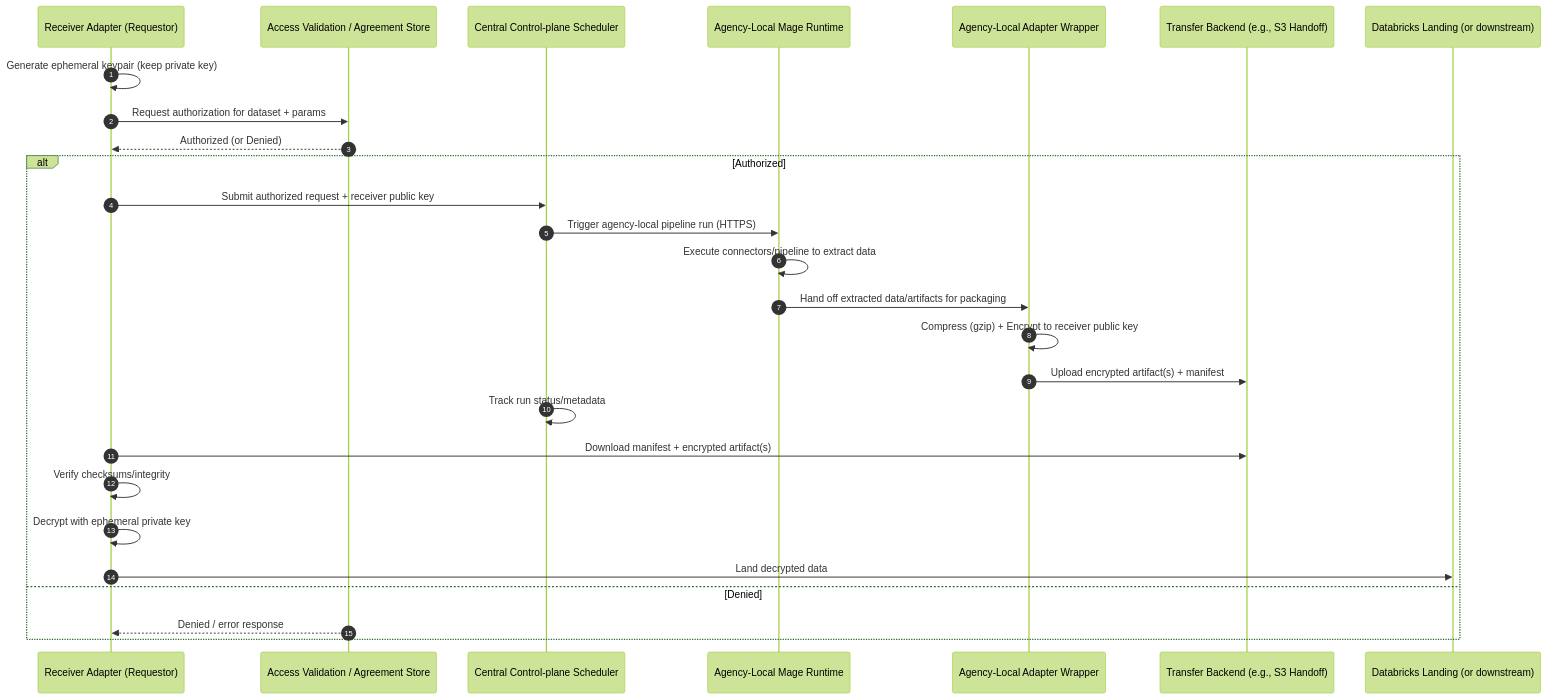
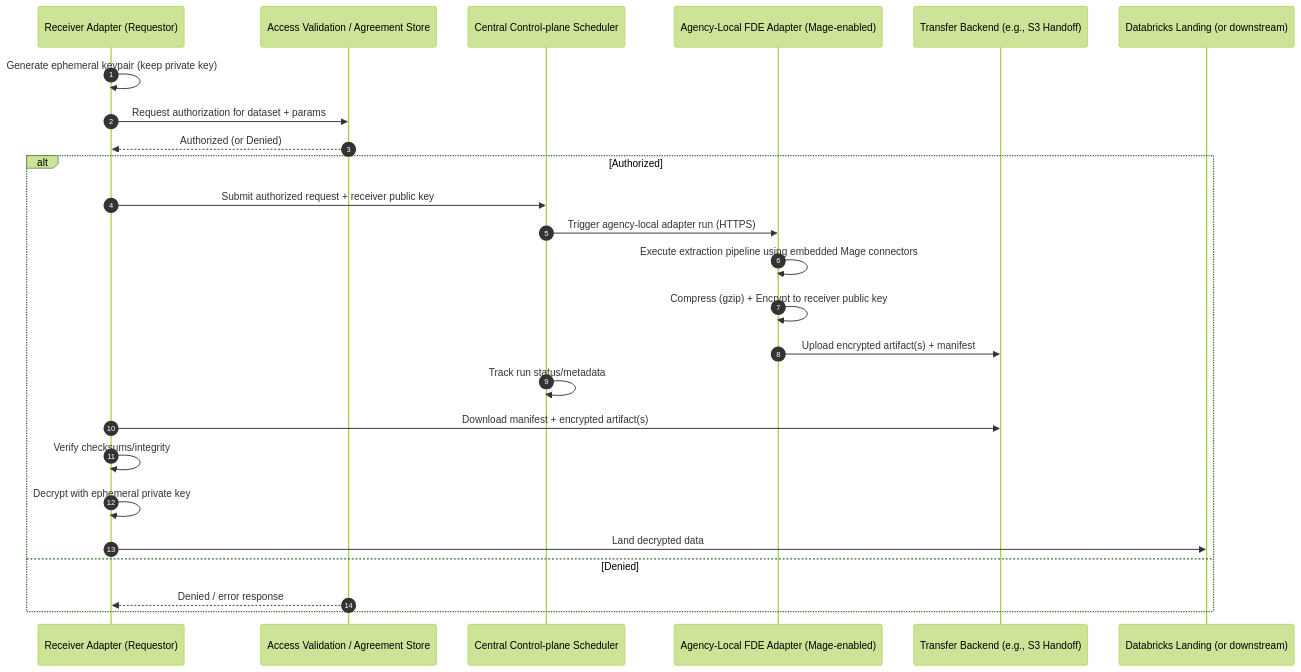
One commit to GSA-TTS/TTSE-Redwood changed the fifth of 6 diagrams in docs/adr/0001-fde-architecture-diagrams.md. Above: the diagram before and after it, drawn with Mermaid (forest theme). The commit also changed other lines of this file and 1 other file, not shown here.

Commit message:
docs(adr): update Option 3 to embed Mage in agency-local FDE adapter
Refines Option 3 to a single deployable FDE adapter that uses embedded Mage connectors/runtime for extraction and performs packaging/encryption/transfer via the FDE protocol; updates Option 3 diagrams accordingly.

````diff
--- a/docs/adr/0001-fde-architecture-diagrams.md
+++ b/docs/adr/0001-fde-architecture-diagrams.md
@@ -127,31 +127,29 @@
 ```mermaid
 sequenceDiagram
   autonumber
   participant R as Receiver Adapter (Requestor)
   participant AV as Access Validation / Agreement Store
   participant CP as Central Control-plane Scheduler
-  participant Mg as Agency-Local Mage Runtime
-  participant A as Agency-Local Adapter Wrapper
+  participant A as Agency-Local FDE Adapter (Mage-enabled)
   participant T as Transfer Backend (e.g., S3 Handoff)
   participant D as Databricks Landing (or downstream)
 
   R->>R: Generate ephemeral keypair (keep private key)
   R->>AV: Request authorization for dataset + params
   AV-->>R: Authorized (or Denied)
 
   alt Authorized
     R->>CP: Submit authorized request + receiver public key
-    CP->>Mg: Trigger agency-local pipeline run (HTTPS)
-    Mg->>Mg: Execute connectors/pipeline to extract data
-    Mg->>A: Hand off extracted data/artifacts for packaging
+    CP->>A: Trigger agency-local adapter run (HTTPS)
+    A->>A: Execute extraction pipeline using embedded Mage connectors
     A->>A: Compress (gzip) + Encrypt to receiver public key
     A->>T: Upload encrypted artifact(s) + manifest
     CP->>CP: Track run status/metadata
     R->>T: Download manifest + encrypted artifact(s)
     R->>R: Verify checksums/integrity
     R->>R: Decrypt with ephemeral private key
     R->>D: Land decrypted data
   else Denied
     AV-->>R: Denied / error response
   end
 ```
````
